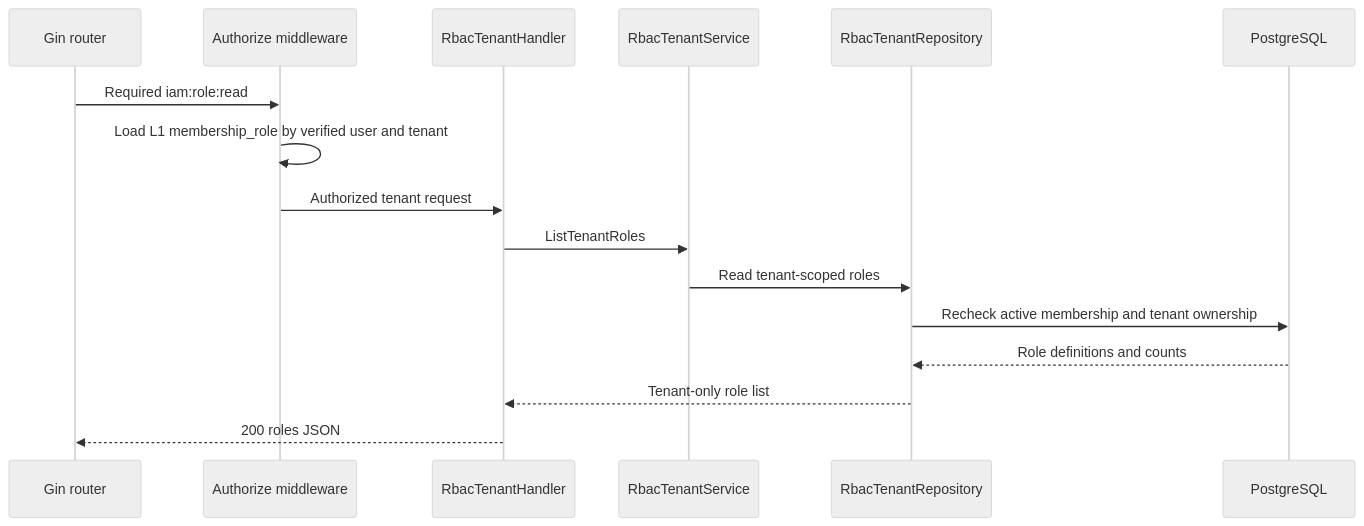
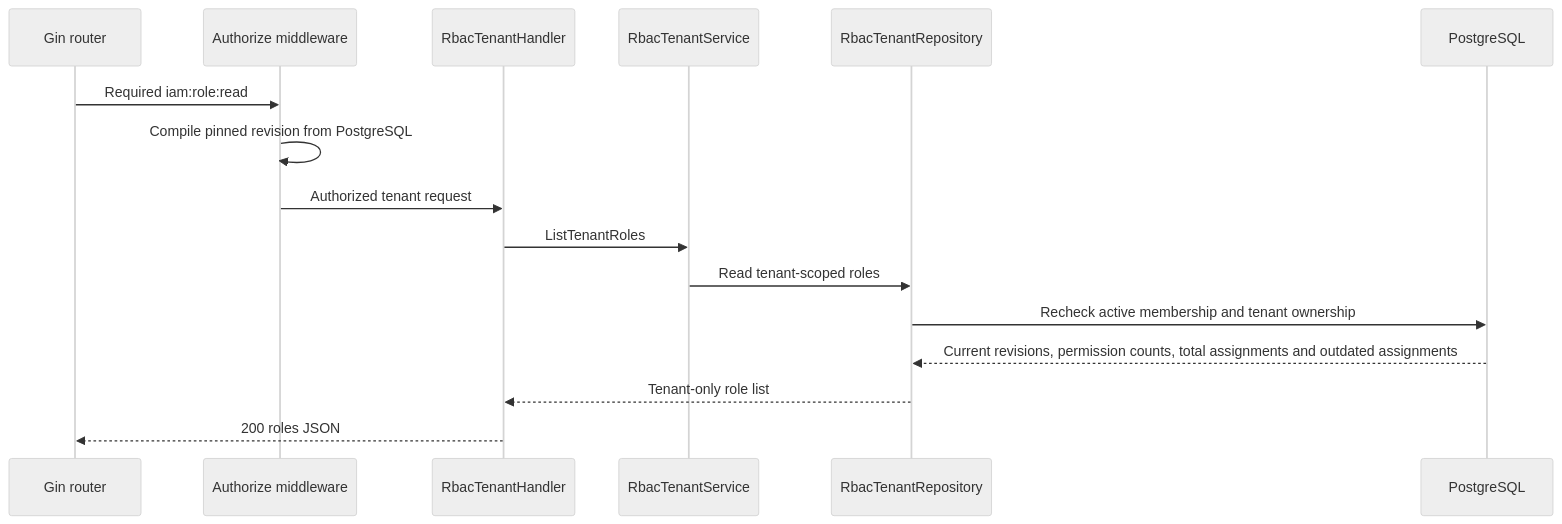
One commit to phucle996/aurora changed the second of 2 diagrams in god_view/iam/tenant_role_list_god_view_workflow.md. Above: the diagram before and after it, drawn with Mermaid (neutral theme). The commit also changed other lines of this file and 132 other files, not shown here.

Commit message:
refactor(iam): isolate owner workflows and revision tenant RBAC

````diff
--- a/god_view/iam/tenant_role_list_god_view_workflow.md
+++ b/god_view/iam/tenant_role_list_god_view_workflow.md
@@ -44,19 +44,19 @@
 ```mermaid
 sequenceDiagram
     participant R as Gin router
     participant M as Authorize middleware
     participant H as RbacTenantHandler
     participant S as RbacTenantService
     participant Repo as RbacTenantRepository
     participant DB as PostgreSQL
 
     R->>M: Required iam:role:read
-    M->>M: Load L1 membership_role by verified user and tenant
+    M->>M: Compile pinned revision from PostgreSQL
     M->>H: Authorized tenant request
     H->>S: ListTenantRoles
     S->>Repo: Read tenant-scoped roles
     Repo->>DB: Recheck active membership and tenant ownership
-    DB-->>Repo: Role definitions and counts
+    DB-->>Repo: Current revisions, permission counts, total assignments and outdated assignments
     Repo-->>H: Tenant-only role list
     H-->>R: 200 roles JSON
 ```
````
